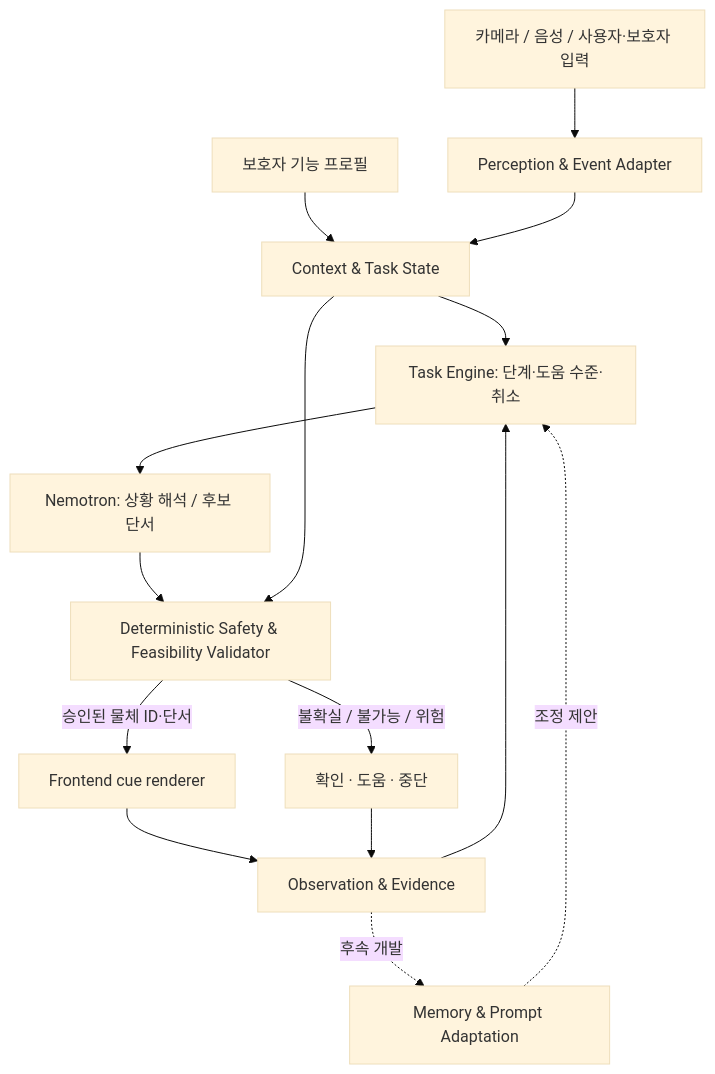
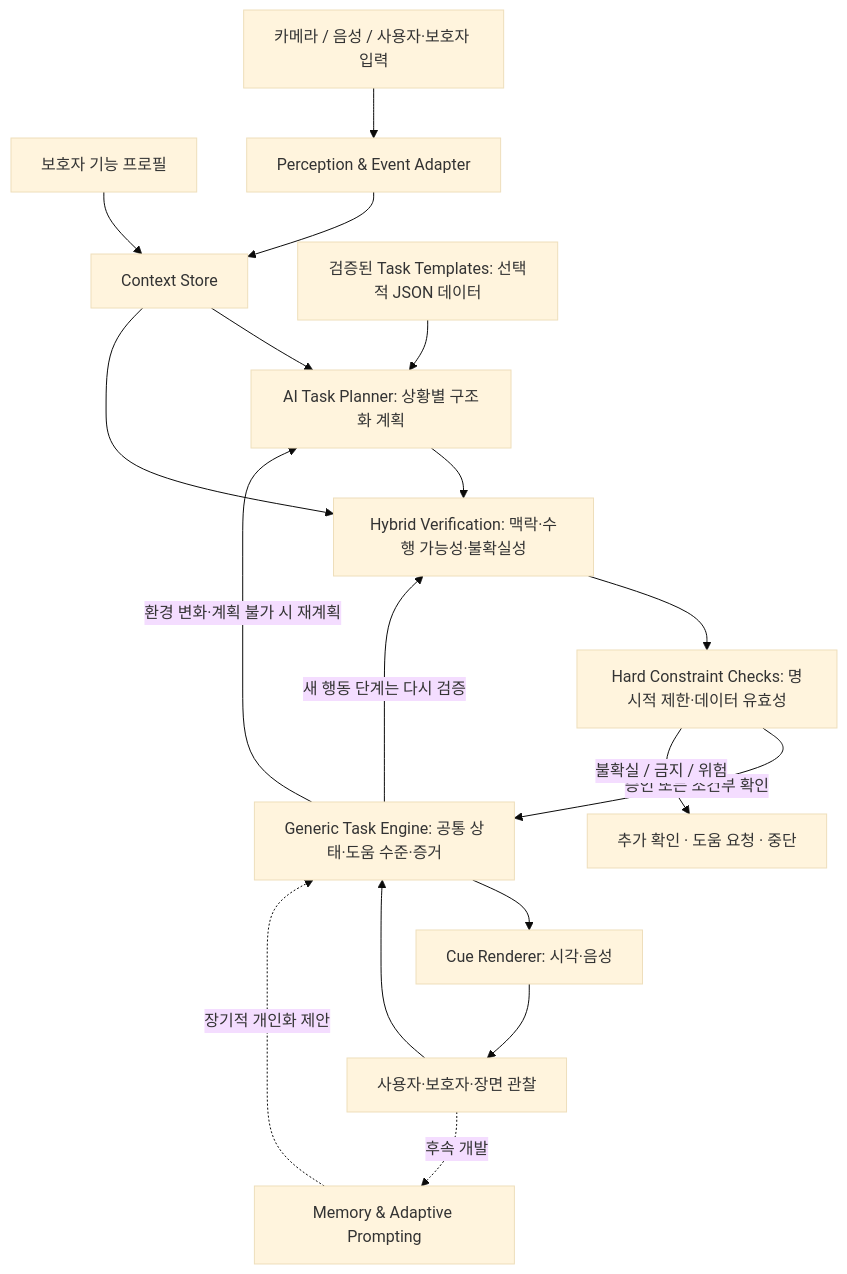
One commit to junservice/contextcue changed the second of 2 diagrams in docs/SYSTEM_ARCHITECTURE.md. Above: the diagram before and after it, drawn with Mermaid (base theme). The commit also changed other lines of this file and 1 other file, not shown here.

Commit message:
docs: define scenario-agnostic task planning and execution

````diff
--- a/docs/SYSTEM_ARCHITECTURE.md
+++ b/docs/SYSTEM_ARCHITECTURE.md
@@ -40,17 +43,20 @@
 ```mermaid
 flowchart TD
-  A[보호자 기능 프로필] --> C[Context & Task State]
-  B[카메라 / 음성 / 사용자·보호자 입력] --> P[Perception & Event Adapter]
-  P --> C
-  C --> T[Task Engine: 단계·도움 수준·취소]
-  T --> L[Nemotron: 상황 해석 / 후보 단서]
-  L --> V[Deterministic Safety & Feasibility Validator]
+  A[보호자 기능 프로필] --> C[Context Store]
+  B[카메라 / 음성 / 사용자·보호자 입력] --> O[Perception & Event Adapter]
+  O --> C
+  C --> P[AI Task Planner: 상황별 구조화 계획]
+  T[검증된 Task Templates: 선택적 JSON 데이터] --> P
+  P --> V[Hybrid Verification: 맥락·수행 가능성·불확실성]
   C --> V
-  V -->|승인된 물체 ID·단서| U[Frontend cue renderer]
-  V -->|불확실 / 불가능 / 위험| H[확인 · 도움 · 중단]
-  U --> O[Observation & Evidence]
-  H --> O
-  O --> T
-  O -. 후속 개발 .-> M[Memory & Prompt Adaptation]
-  M -. 조정 제안 .-> T
+  V --> H[Hard Constraint Checks: 명시적 제한·데이터 유효성]
+  H -->|승인 또는 조건부 확인| E[Generic Task Engine: 공통 상태·도움 수준·증거]
+  H -->|불확실 / 금지 / 위험| Q[추가 확인 · 도움 요청 · 중단]
+  E --> R[Cue Renderer: 시각·음성]
+  R --> F[사용자·보호자·장면 관찰]
+  F --> E
+  E -->|환경 변화·계획 불가 시 재계획| P
+  E -->|새 행동 단계는 다시 검증| V
+  F -. 후속 개발 .-> M[Memory & Adaptive Prompting]
+  M -. 장기적 개인화 제안 .-> E
 ```
````
